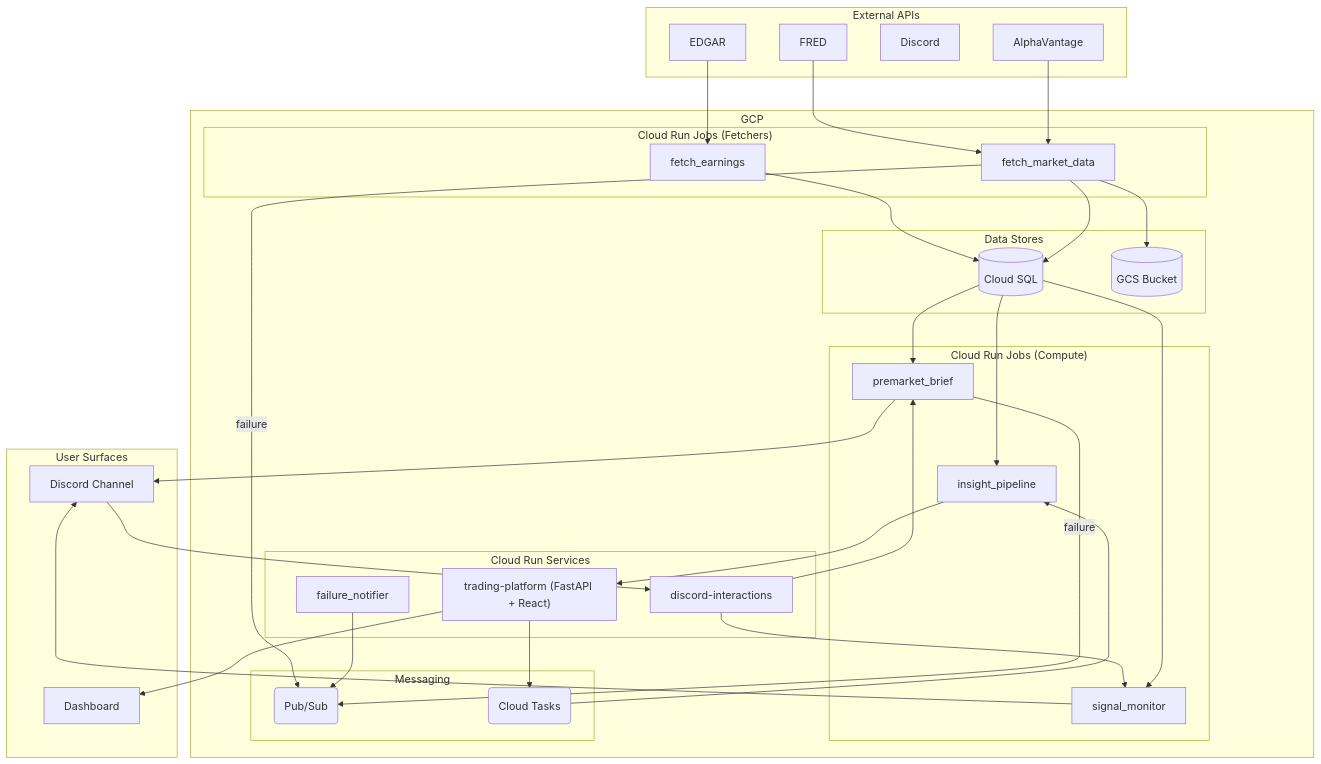
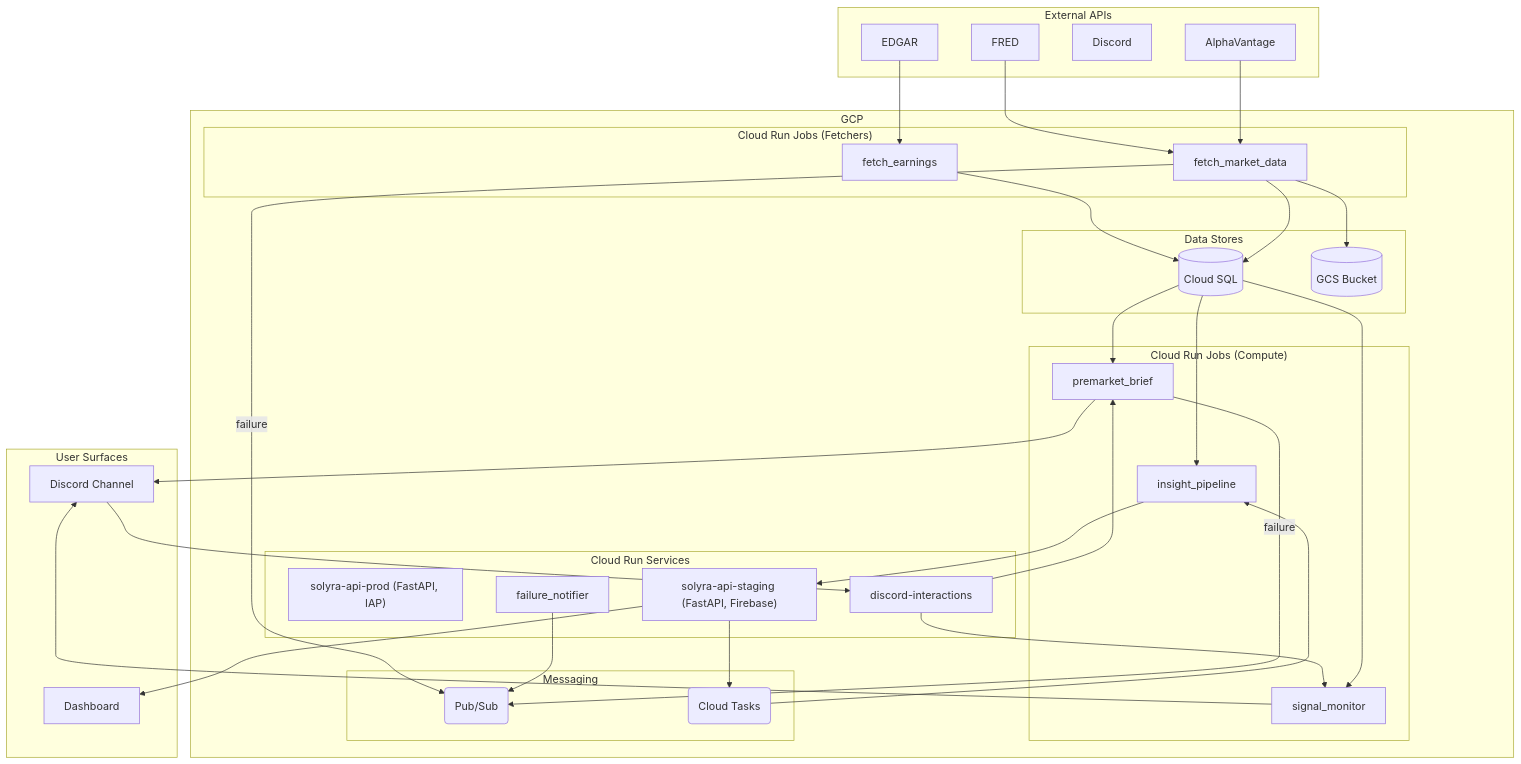
The diagram in ARCHITECTURE.md (TeneikaAskew/stocks), drawn with Mermaid before and after one commit. The commit also changed other lines of this file and 51 other files, not shown here.

````diff
--- a/ARCHITECTURE.md
+++ b/ARCHITECTURE.md
@@ -68,71 +69,72 @@
 ```mermaid
 flowchart TD
     subgraph External APIs
         AlphaVantage
         FRED
         Discord
         EDGAR
     end
 
     subgraph GCP
         subgraph "Cloud Run Services"
-            trading_platform["trading-platform (FastAPI + React)"]
+            solyra_api_prod["solyra-api-prod (FastAPI, IAP)"]
+            solyra_api_staging["solyra-api-staging (FastAPI, Firebase)"]
             discord_interactions["discord-interactions"]
             failure_notifier
         end
 
         subgraph "Cloud Run Jobs (Fetchers)"
             fetch_market_data
             fetch_earnings
         end
 
         subgraph "Cloud Run Jobs (Compute)"
             premarket_brief
             signal_monitor
             insight_pipeline
         end
 
         subgraph "Data Stores"
             db[(Cloud SQL)]
             gcs[(GCS Bucket)]
         end
 
         subgraph "Messaging"
             pubsub(Pub/Sub)
             tasks(Cloud Tasks)
         end
     end
 
     subgraph User Surfaces
         user_dashboard[Dashboard]
         discord_channel[Discord Channel]
     end
 
     AlphaVantage --> fetch_market_data
     FRED --> fetch_market_data
     EDGAR --> fetch_earnings
 
     fetch_market_data --> db
     fetch_market_data --> gcs
     fetch_earnings --> db
 
     db --> premarket_brief
     db --> signal_monitor
     db --> insight_pipeline
 
     premarket_brief --> discord_channel
     signal_monitor --> discord_channel
-    insight_pipeline --> trading_platform
+    insight_pipeline --> solyra_api_staging
 
-    trading_platform --> user_dashboard
-    trading_platform --> tasks
+    solyra_api_staging --> user_dashboard
+    solyra_api_staging --> tasks
     tasks --> insight_pipeline
 
     discord_channel --> discord_interactions
     discord_interactions --> premarket_brief
     discord_interactions --> signal_monitor
 
     failure_notifier --> pubsub
     fetch_market_data -- "failure" --> pubsub
     premarket_brief -- "failure" --> pubsub
 ```
````
